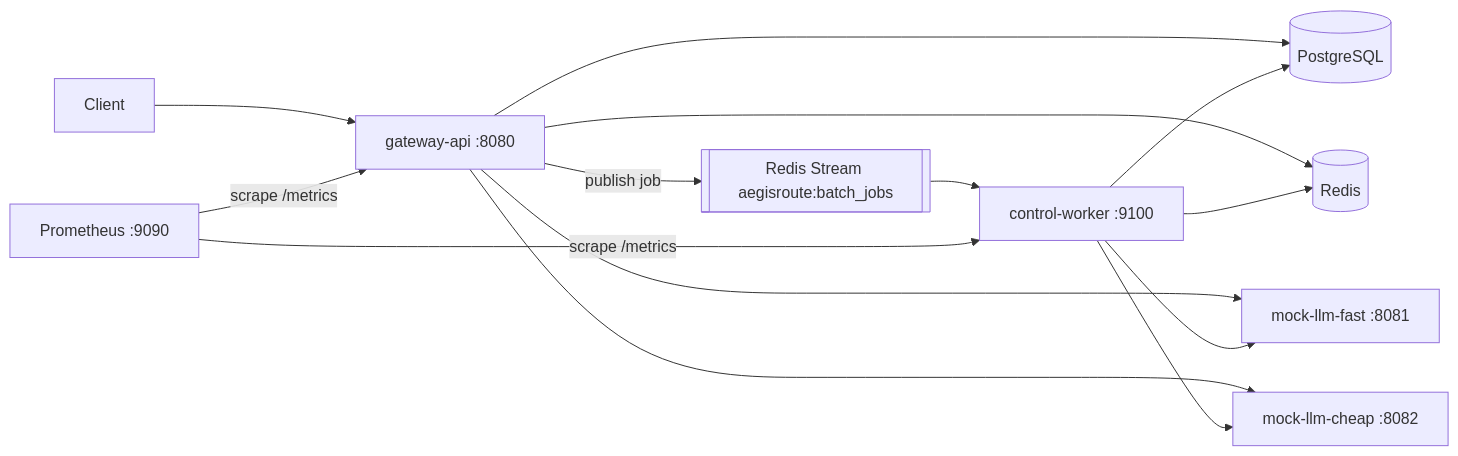
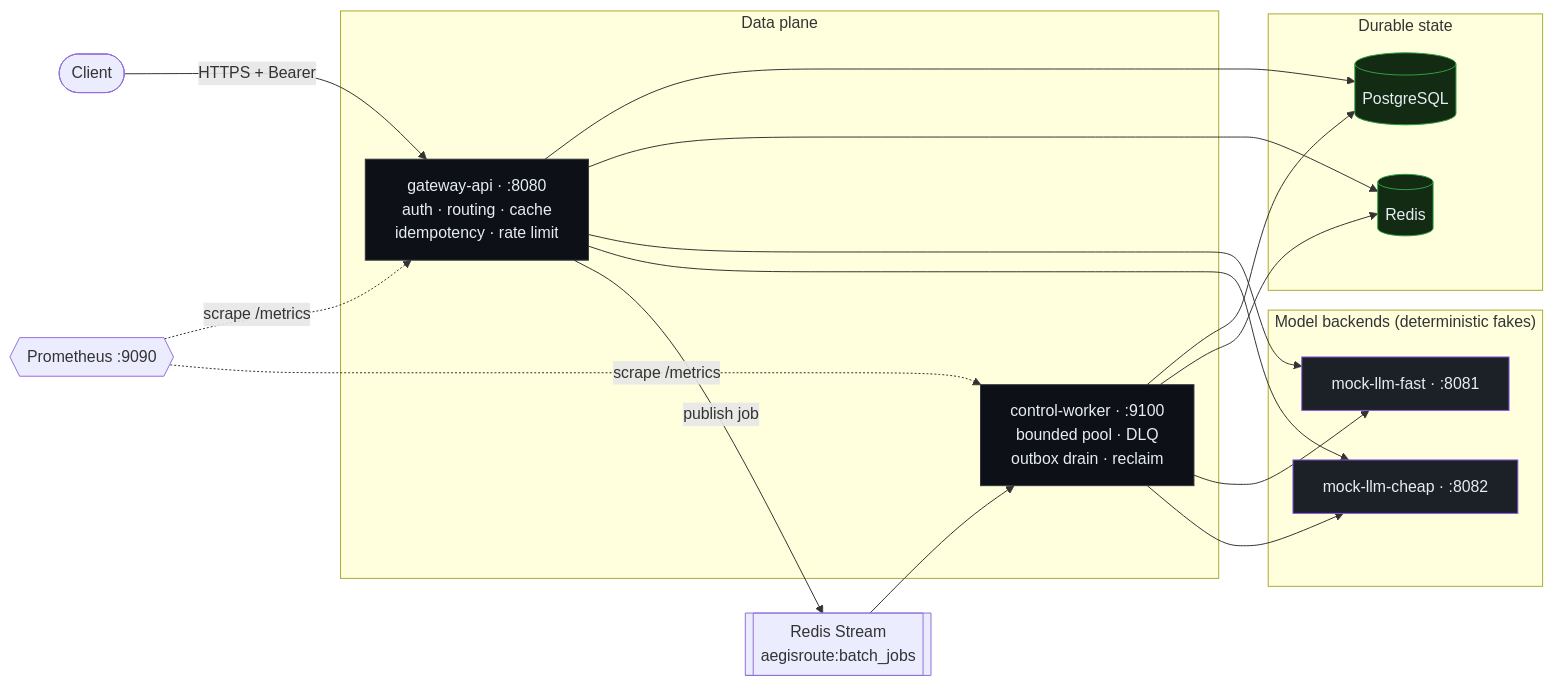
One commit to s2yao/AegisRoute changed the diagram in README.md. Above: the diagram before and after it, drawn with Mermaid. The commit also changed other lines of this file and 21 other files, not shown here.

````diff
--- a/README.md
+++ b/README.md
@@ -34,16 +72,37 @@
 ```mermaid
 flowchart LR
-  Client --> API[gateway-api :8080]
-  API --> PG[(PostgreSQL)]
-  API --> RD[(Redis)]
-  API --> F[mock-llm-fast :8081]
-  API --> C[mock-llm-cheap :8082]
-  API -- publish job --> S[[Redis Stream aegisroute:batch_jobs]]
-  S --> W[control-worker :9100]
-  W --> PG
-  W --> RD
-  W --> F
-  W --> C
-  Prom[Prometheus :9090] -- scrape /metrics --> API
-  Prom -- scrape /metrics --> W
+  Client([Client])
+
+  subgraph DP["Data plane"]
+    API["gateway-api · :8080<br/>auth · routing · cache<br/>idempotency · rate limit"]
+    W["control-worker · :9100<br/>bounded pool · DLQ<br/>outbox drain · reclaim"]
+  end
+
+  subgraph BK["Model backends (deterministic fakes)"]
+    F["mock-llm-fast · :8081"]
+    C["mock-llm-cheap · :8082"]
+  end
+
+  subgraph ST["Durable state"]
+    PG[("PostgreSQL")]
+    RD[("Redis")]
+  end
+
+  Client -->|HTTPS + Bearer| API
+  API --> PG & RD
+  API --> F & C
+  API -->|"publish job"| S[["Redis Stream<br/>aegisroute:batch_jobs"]]
+  S --> W
+  W --> PG & RD
+  W --> F & C
+
+  Prom{{"Prometheus :9090"}} -. "scrape /metrics" .-> API
+  Prom -. "scrape /metrics" .-> W
+
+  classDef plane fill:#0d1117,stroke:#30363d,color:#e6edf3;
+  classDef store fill:#132a13,stroke:#2ea043,color:#e6edf3;
+  classDef bk fill:#1c2128,stroke:#8957e5,color:#e6edf3;
+  class API,W plane;
+  class PG,RD store;
+  class F,C bk;
 ```
````
